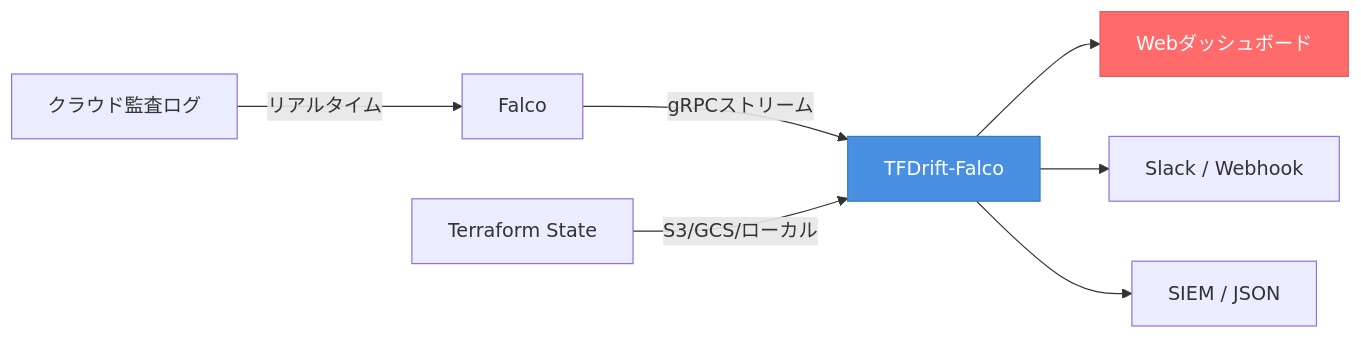
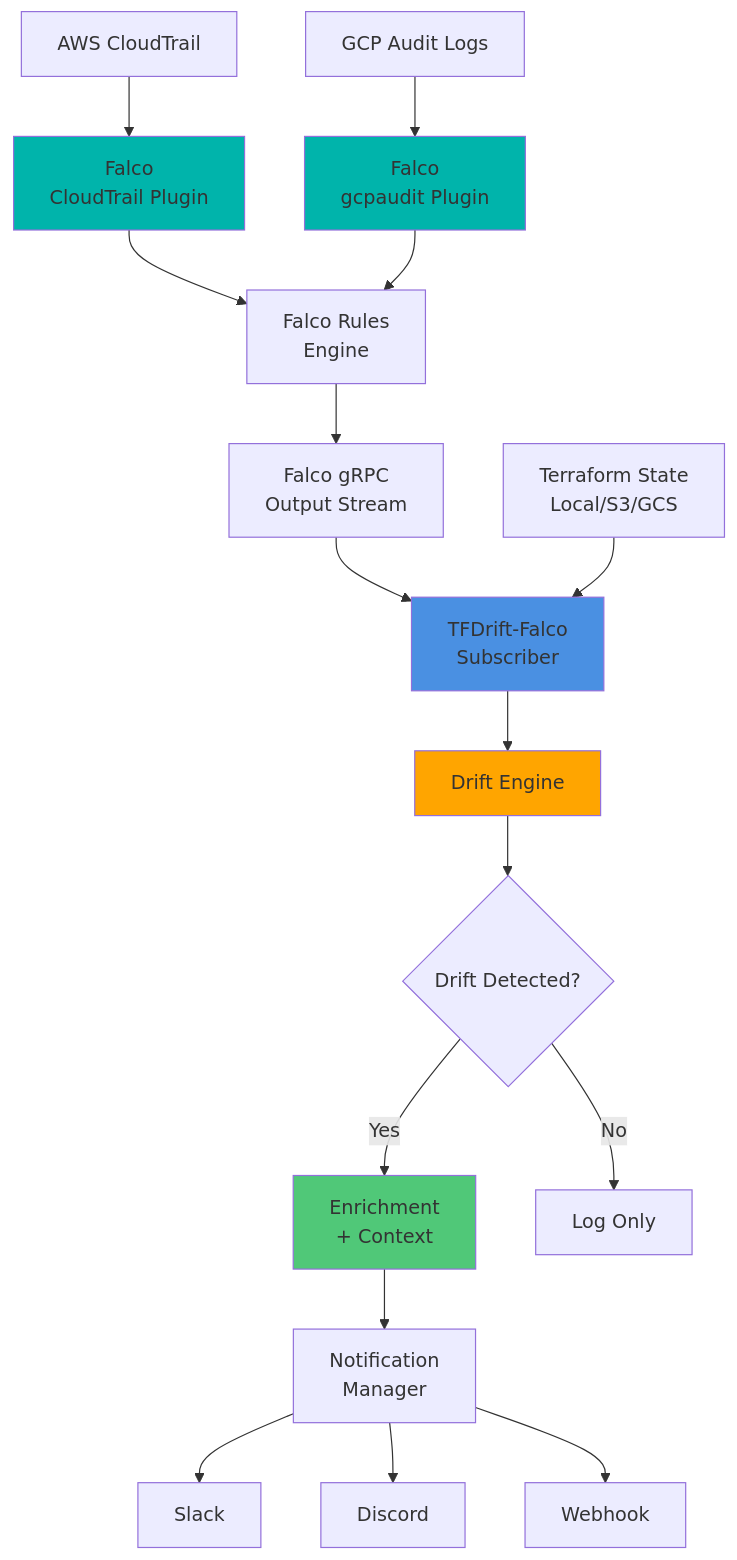
One commit to higakikeita/tfdrift-falco changed the diagram in README.ja.md. Above: the diagram before and after it, drawn with Mermaid. The commit also changed other lines of this file and 6 other files, not shown here.

````diff
--- a/README.ja.md
+++ b/README.ja.md
@@ -77,12 +415,28 @@
 ```mermaid
-graph LR
-    A[クラウド監査ログ] -->|リアルタイム| B[Falco]
-    B -->|gRPCストリーム| C[TFDrift-Falco]
-    D[Terraform State] -->|S3/GCS/ローカル| C
-    C --> E[Webダッシュボード]
-    C --> F[Slack / Webhook]
-    C --> G[SIEM / JSON]
+graph TB
+    A[AWS CloudTrail] --> B[Falco<br/>CloudTrail Plugin]
+    A2[GCP Audit Logs] --> B2[Falco<br/>gcpaudit Plugin]
+    B --> C[Falco Rules<br/>Engine]
+    B2 --> C
+    C --> D[Falco gRPC<br/>Output Stream]
+    D --> E[TFDrift-Falco<br/>Subscriber]
 
-    style C fill:#4A90E2,color:#fff,stroke:#357ABD
-    style E fill:#FF6B6B,color:#fff,stroke:#E55A5A
+    F[Terraform State<br/>Local/S3/GCS] --> E
+
+    E --> G[Drift Engine]
+    G --> H{Drift Detected?}
+
+    H -->|Yes| I[Enrichment<br/>+ Context]
+    H -->|No| J[Log Only]
+
+    I --> K[Notification<br/>Manager]
+    K --> L[Slack]
+    K --> M[Discord]
+    K --> N[Webhook]
+
+    style E fill:#4A90E2
+    style G fill:#FFA500
+    style I fill:#50C878
+    style B fill:#00B4AB
+    style B2 fill:#00B4AB
 ```
````
